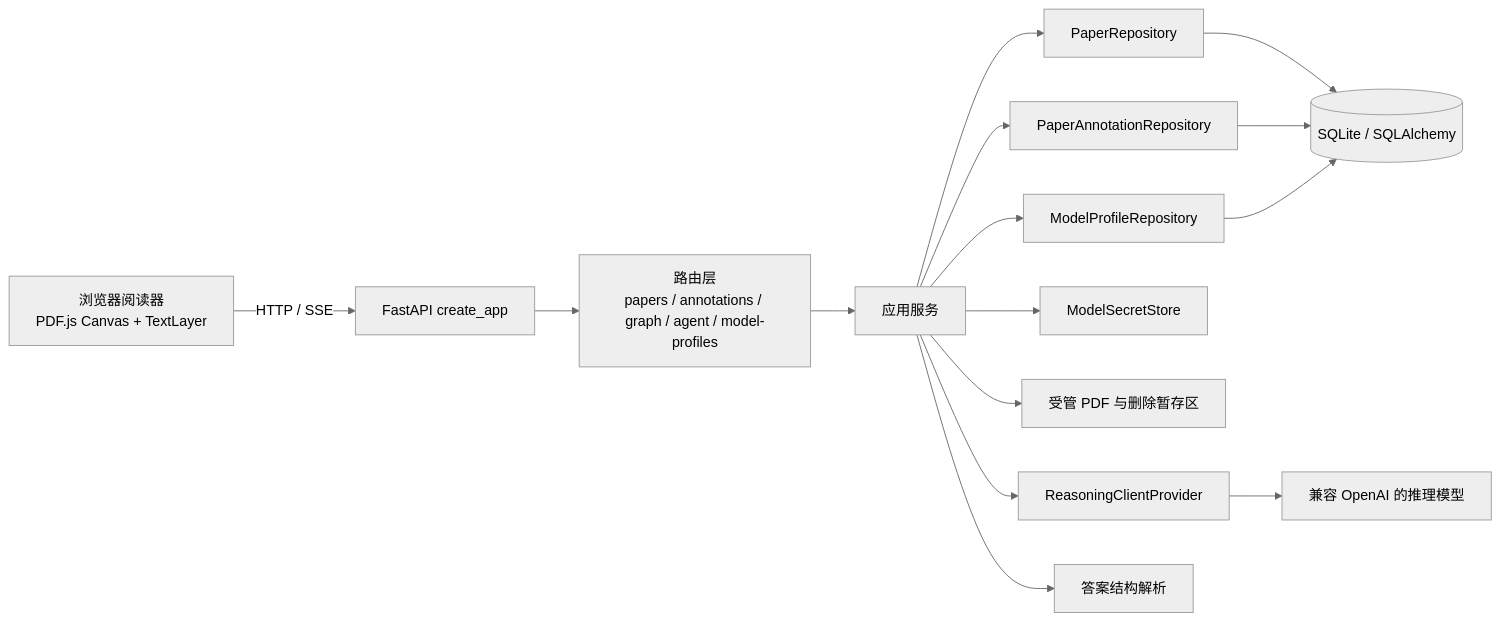
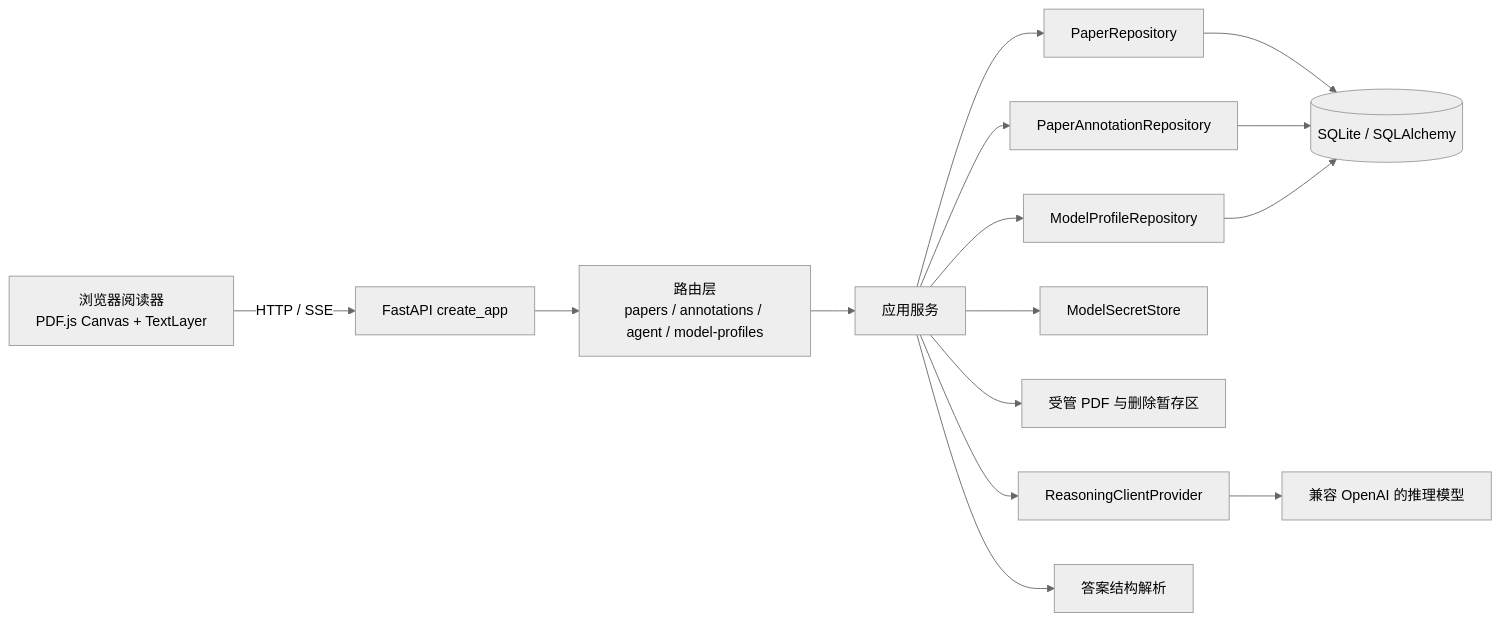
One commit to vibetony319/paper-agent changed the first of 5 diagrams in docs/architecture.md. Above: the diagram before and after it, drawn with Mermaid (neutral theme). The commit also changed other lines of this file and 65 other files, not shown here.

````diff
--- a/docs/architecture.md
+++ b/docs/architecture.md
@@ -7,17 +7,17 @@
 ```mermaid
 flowchart LR
     U[浏览器阅读器\nPDF.js Canvas + TextLayer] -->|HTTP / SSE| A[FastAPI create_app]
-    A --> R[路由层\npapers / annotations / graph / agent / model-profiles]
+    A --> R[路由层\npapers / annotations / agent / model-profiles]
     R --> S[应用服务]
     S --> PR[PaperRepository]
     S --> AR[PaperAnnotationRepository]
     S --> MR[ModelProfileRepository]
     S --> SS[ModelSecretStore]
     S --> FS[受管 PDF 与删除暂存区]
     PR --> DB[(SQLite / SQLAlchemy)]
     AR --> DB
     MR --> DB
     S --> RP[ReasoningClientProvider]
     RP --> M[兼容 OpenAI 的推理模型]
     S --> CG[答案结构解析]
 ```
````
